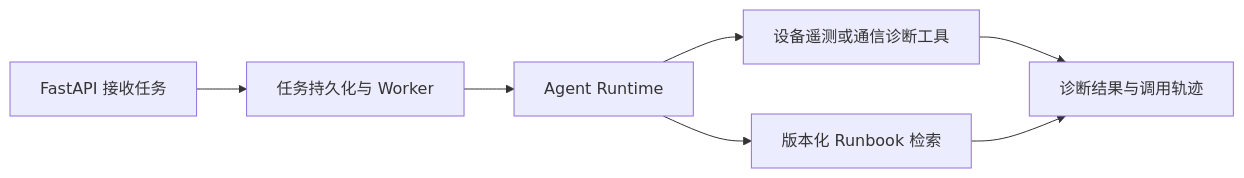
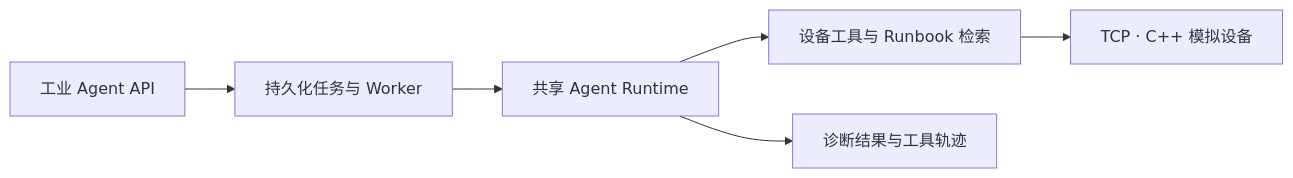
One commit to KristenYue/KristenYue changed the diagram in README.md. Above: the diagram before and after it, drawn with Mermaid. The commit also changed other lines of this file, not shown here.

````diff
--- a/README.md
+++ b/README.md
@@ -24,9 +18,8 @@
 ```mermaid
 flowchart LR
-    A[FastAPI 接收任务] --> B[任务持久化与 Worker]
-    B --> C[Agent Runtime]
-    C --> D[设备遥测或通信诊断工具]
-    C --> E[版本化 Runbook 检索]
-    D --> F[诊断结果与调用轨迹]
-    E --> F
+    A["工业 Agent API"] --> B["持久化任务与 Worker"]
+    B --> C["共享 Agent Runtime"]
+    C --> D["设备工具与 Runbook 检索"]
+    D --> E["TCP · C++ 模拟设备"]
+    C --> F["诊断结果与工具轨迹"]
 ```
````
